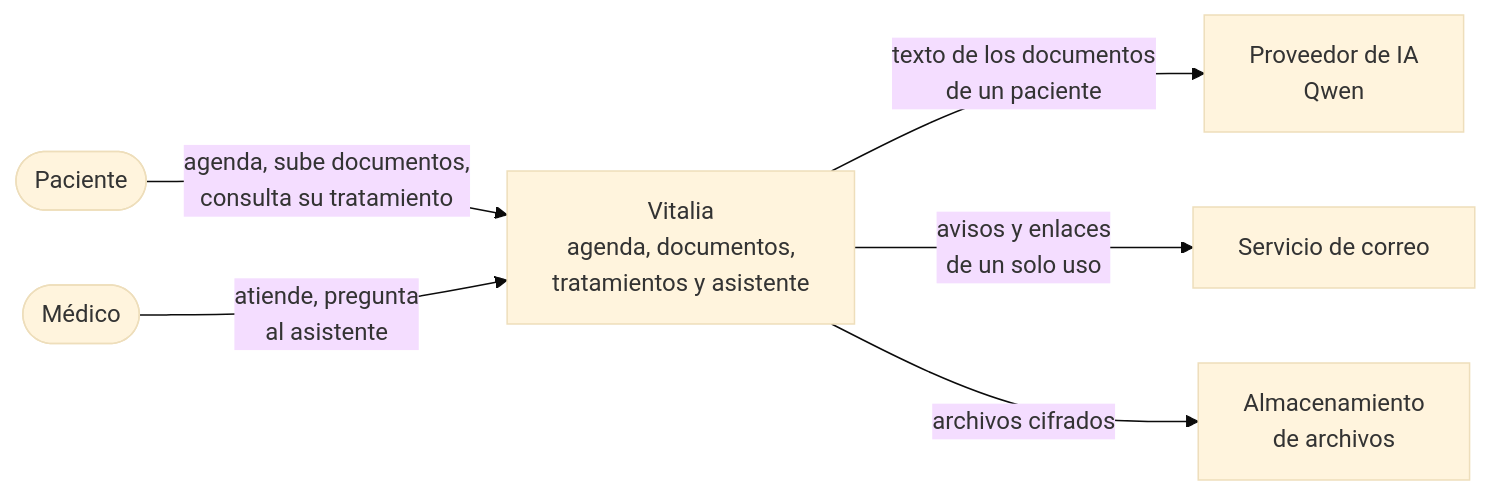
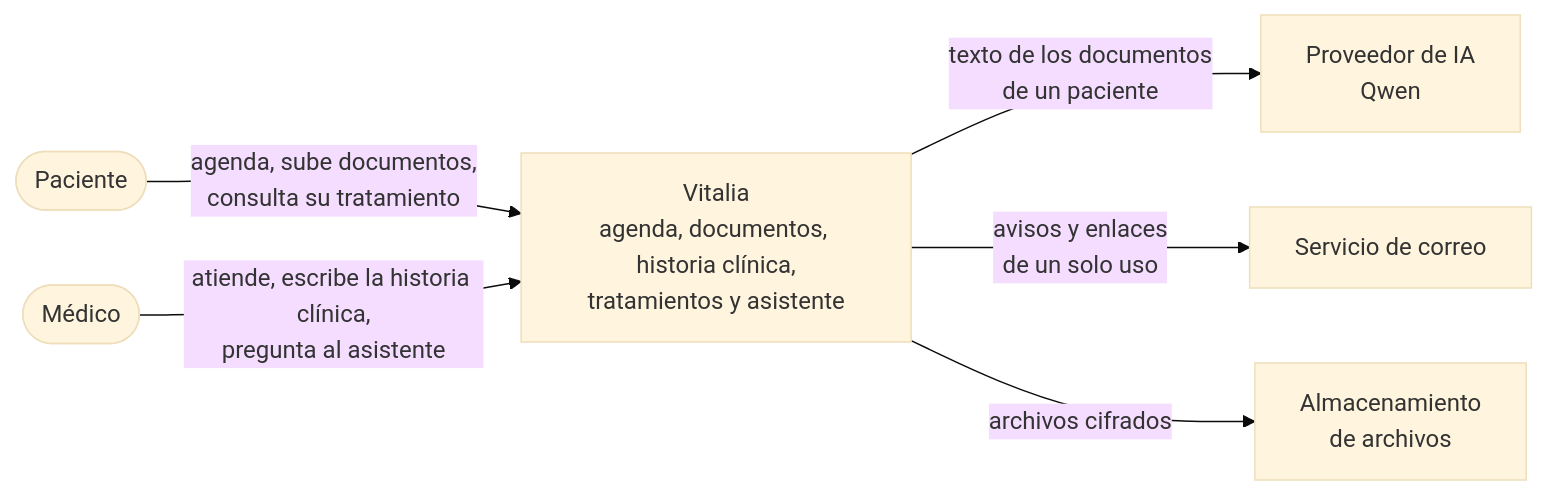
Before and after one commit to JAOSjavi/vitalia: the first of 14 diagrams in diseno/06-diagramas-de-arquitectura.md, drawn with Mermaid (base theme). The commit also changed other lines of this file and 45 other files, not shown here.

First line of the commit message:
Cierre de Diseño: historia clínica, ingreso con documento y base visual

````diff
--- a/diseno/06-diagramas-de-arquitectura.md
+++ b/diseno/06-diagramas-de-arquitectura.md
@@ -12,15 +12,15 @@
 ```mermaid
 flowchart LR
     PAC(["Paciente"])
     MED(["Médico"])
-    V["Vitalia<br/>agenda, documentos,<br/>tratamientos y asistente"]
+    V["Vitalia<br/>agenda, documentos, historia clínica,<br/>tratamientos y asistente"]
     IA["Proveedor de IA<br/>Qwen"]
     COR["Servicio de correo"]
     ALM["Almacenamiento<br/>de archivos"]
 
     PAC -- "agenda, sube documentos,<br/>consulta su tratamiento" --> V
-    MED -- "atiende, pregunta<br/>al asistente" --> V
+    MED -- "atiende, escribe la historia clínica,<br/>pregunta al asistente" --> V
     V -- "texto de los documentos<br/>de un paciente" --> IA
     V -- "avisos y enlaces<br/>de un solo uso" --> COR
     V -- "archivos cifrados" --> ALM
 ```
````
